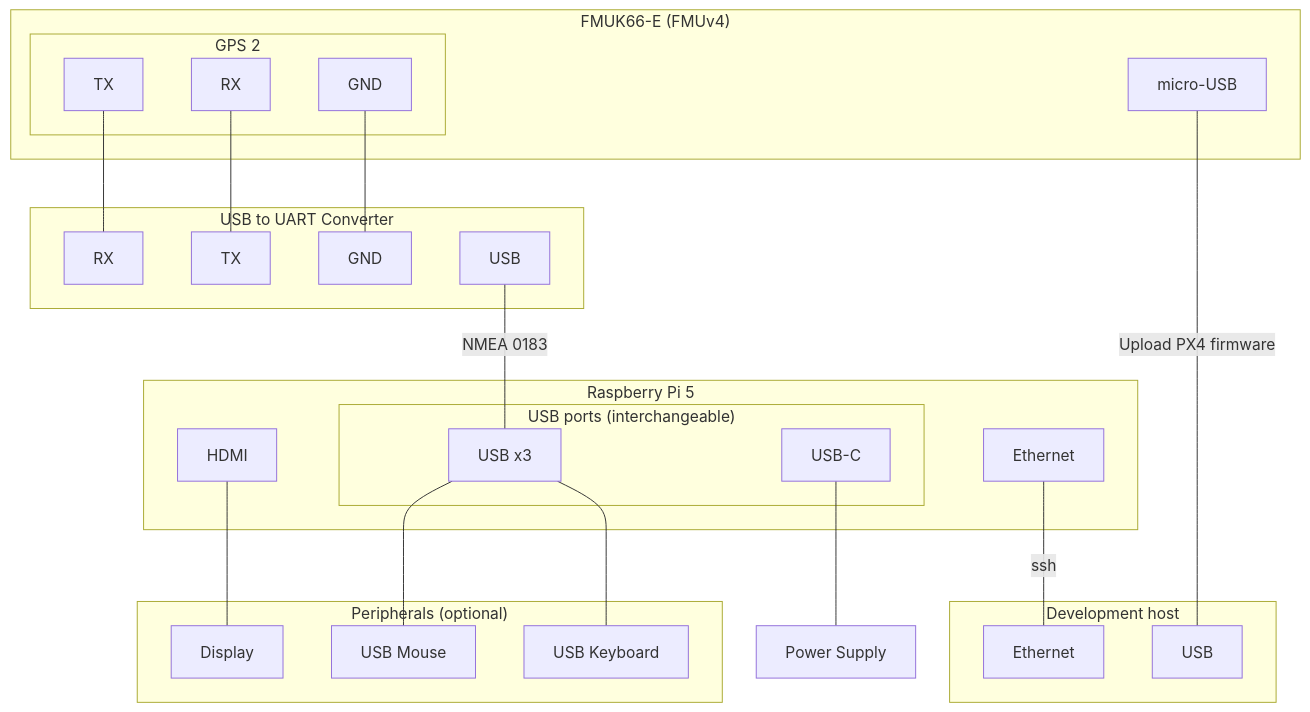
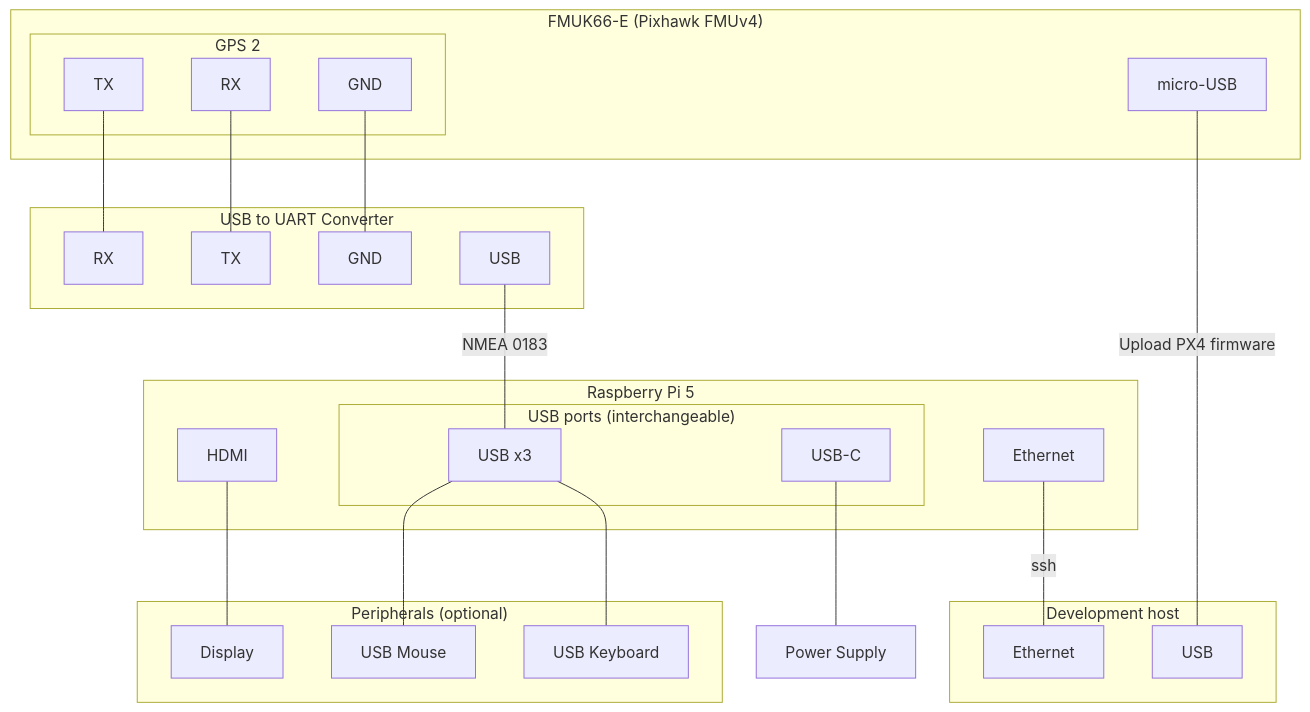
One commit to hmakelin/gisnav changed the diagram in docs/vitepress/docs/raspberry-pi-pixhawk.md. Above: the diagram before and after it, drawn with Mermaid. The commit also changed other lines of this file, not shown here.

````diff
--- a/docs/vitepress/docs/raspberry-pi-pixhawk.md
+++ b/docs/vitepress/docs/raspberry-pi-pixhawk.md
@@ -135,45 +140,45 @@
 ```mermaid
 graph TB
-    subgraph "FMUK66-E (FMUv4)"
+    subgraph "FMUK66-E (Pixhawk FMUv4)"
         subgraph "GPS 2"
             FMU_TELEM1_RX[RX]
             FMU_TELEM1_TX[TX]
             FMU_TELEM1_GND[GND]
         end
         FMU_USB[micro-USB]
     end
     subgraph "Development host"
         Laptop_ETH[Ethernet]
         Laptop_USB[USB]
     end
     subgraph "Raspberry Pi 5"
         subgraph USB["USB ports (interchangeable)"]
             Pi_USB[USB x3]
             Pi_USB_C["USB-C"]
         end
         Pi_HDMI[HDMI]
         Pi_ETH[Ethernet]
     end
     subgraph "USB to UART Converter"
         Converter_RX[RX]
         Converter_TX[TX]
         Converter_GND[GND]
         Converter_USB[USB]
     end
     Socket[Power Supply]
     subgraph "Peripherals (optional)"
         Display[Display]
         Mouse[USB Mouse]
         Keyboard[USB Keyboard]
     end
     FMU_TELEM1_TX --- Converter_RX
     FMU_TELEM1_RX --- Converter_TX
     FMU_TELEM1_GND --- Converter_GND
     FMU_USB ---|Upload PX4 firmware| Laptop_USB
     Converter_USB ---|NMEA 0183| Pi_USB
     Pi_USB_C --- Socket
     Pi_HDMI --- Display
     Pi_USB --- Mouse
     Pi_USB --- Keyboard
     Pi_ETH ---|ssh| Laptop_ETH
 ```
````
